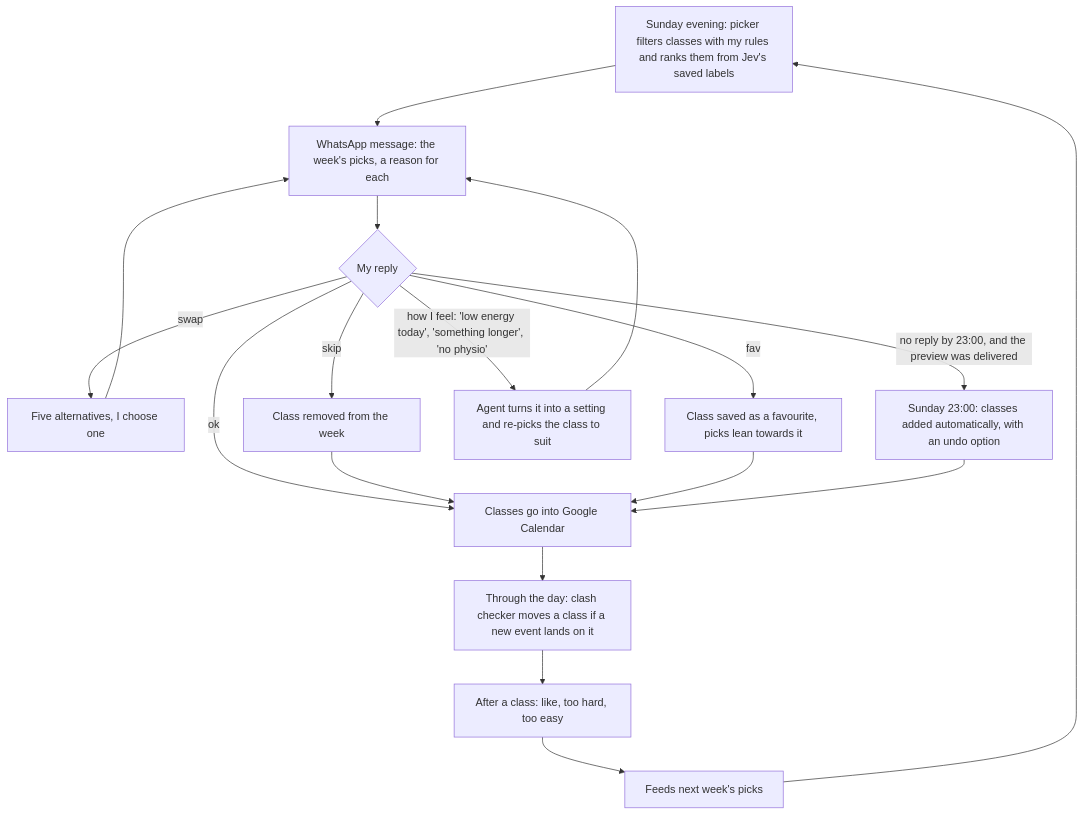
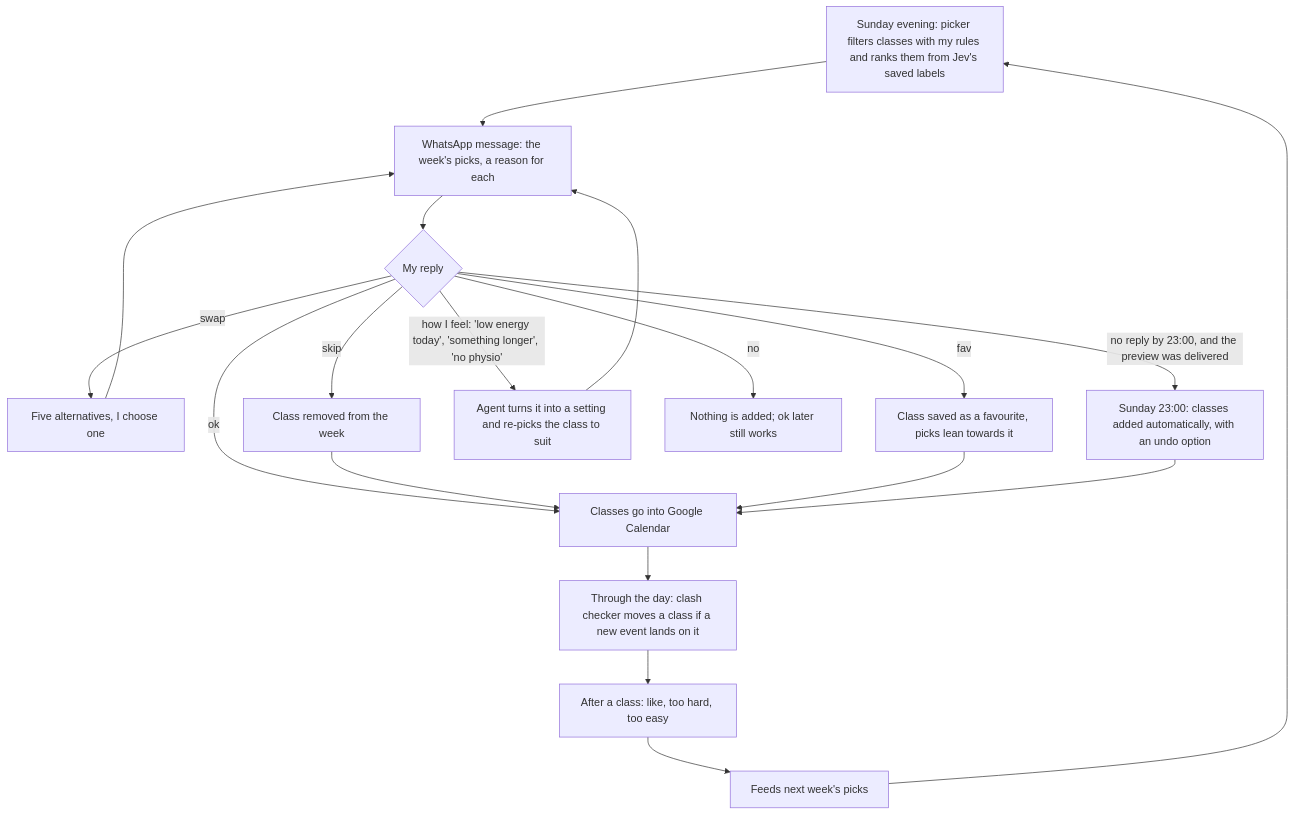
One commit to HoopieUX/weekly-fitness-class-picker changed the second of 2 diagrams in README.md. Above: the diagram before and after it, drawn with Mermaid. The commit also changed other lines of this file and 18 other files, not shown here.

````diff
--- a/README.md
+++ b/README.md
@@ -52,16 +52,17 @@
 ```mermaid
 flowchart TD
     A["Sunday evening: picker filters classes with my rules and ranks them from Jev's saved labels"] --> B["WhatsApp message: the week's picks, a reason for each"]
     B --> R{"My reply"}
     R -->|ok| CAL["Classes go into Google Calendar"]
     R -->|swap| SW["Five alternatives, I choose one"] --> B
     R -->|skip| SK["Class removed from the week"] --> CAL
     R -->|fav| FV["Class saved as a favourite, picks lean towards it"] --> CAL
     R -->|"how I feel: 'low energy today', 'something longer', 'no physio'"| F["Agent turns it into a setting and re-picks the class to suit"] --> B
+    R -->|no| NO["Nothing is added; ok later still works"]
     R -->|"no reply by 23:00, and the preview was delivered"| M["Sunday 23:00: classes added automatically, with an undo option"]
     M --> CAL
     CAL --> K["Through the day: clash checker moves a class if a new event lands on it"]
     K --> FB["After a class: like, too hard, too easy"]
     FB --> N["Feeds next week's picks"]
     N --> A
 ```
````
